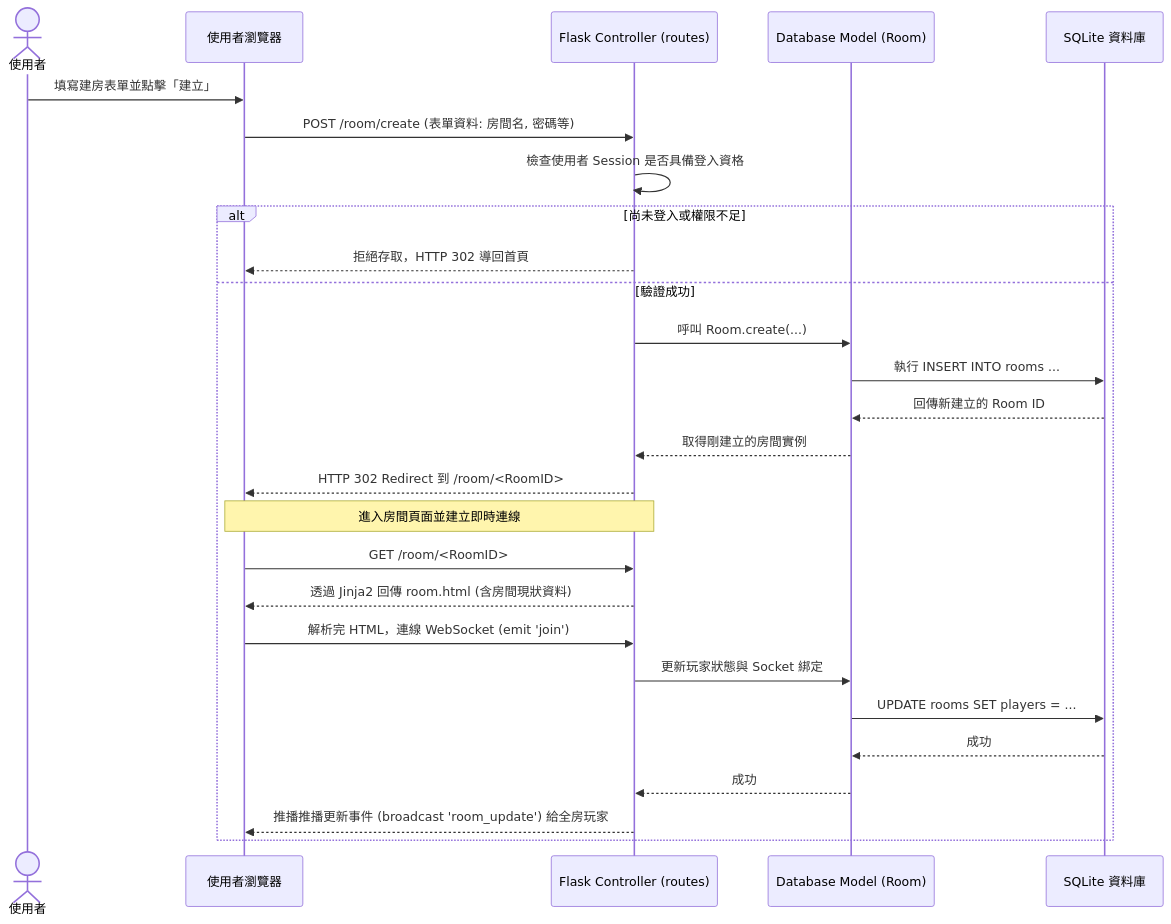
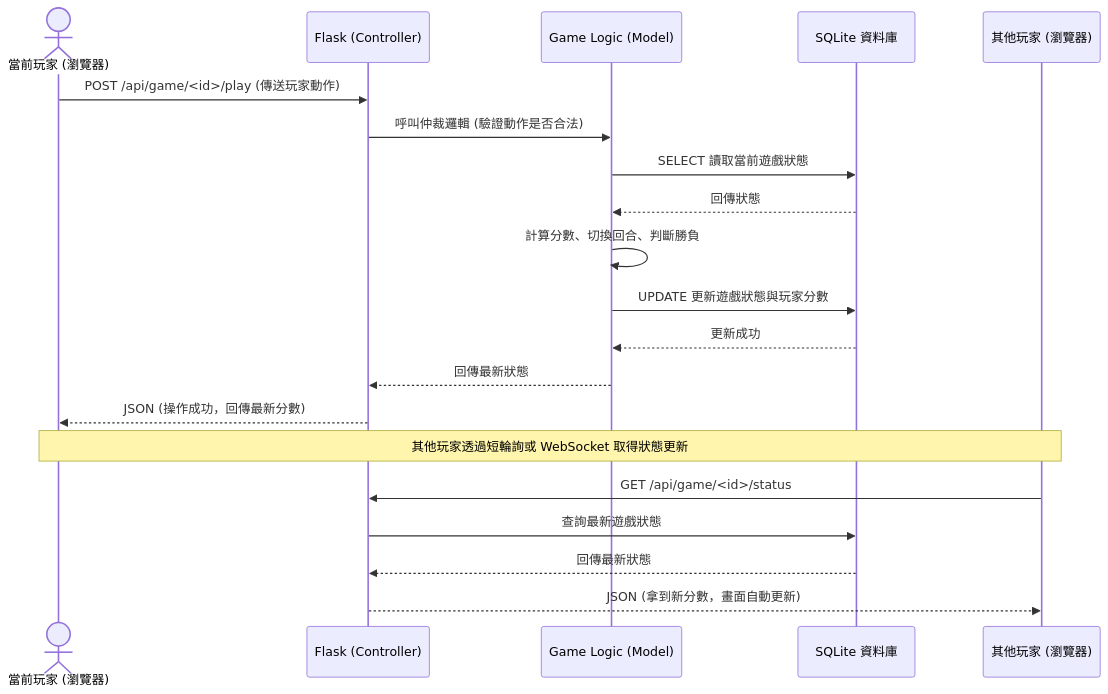
The second of 2 diagrams in docs/FLOWCHART.md (demiiiii123/web_app_development), drawn with Mermaid before and after one commit. The commit also changed other lines of this file, not shown here.

Commit message:
docs: add user flowchart

````diff
--- a/docs/FLOWCHART.md
+++ b/docs/FLOWCHART.md
@@ -53,32 +44,29 @@
 ```mermaid
 sequenceDiagram
-    actor User as 使用者
-    participant Browser as 使用者瀏覽器
-    participant Flask as Flask Controller (routes)
-    participant Model as Database Model (Room)
+    actor Player as 當前玩家 (瀏覽器)
+    participant Route as Flask (Controller)
+    participant Model as Game Logic (Model)
     participant DB as SQLite 資料庫
+    participant Other as 其他玩家 (瀏覽器)
 
-    User->>Browser: 填寫建房表單並點擊「建立」
-    Browser->>Flask: POST /room/create (表單資料: 房間名, 密碼等)
-    Flask->>Flask: 檢查使用者 Session 是否具備登入資格
+    Player->>Route: POST /api/game/<id>/play (傳送玩家動作)
     
-    alt 尚未登入或權限不足
-        Flask-->>Browser: 拒絕存取，HTTP 302 導回首頁
-    else 驗證成功
-        Flask->>Model: 呼叫 Room.create(...)
-        Model->>DB: 執行 INSERT INTO rooms ...
-        DB-->>Model: 回傳新建立的 Room ID
-        Model-->>Flask: 取得剛建立的房間實例
-        Flask-->>Browser: HTTP 302 Redirect 到 /room/<RoomID>
-        
-        Note over Browser, Flask: 進入房間頁面並建立即時連線
-        Browser->>Flask: GET /room/<RoomID>
-        Flask-->>Browser: 透過 Jinja2 回傳 room.html (含房間現狀資料)
-        Browser->>Flask: 解析完 HTML，連線 WebSocket (emit 'join')
-        Flask->>Model: 更新玩家狀態與 Socket 綁定
-        Model->>DB: UPDATE rooms SET players = ...
-        DB-->>Model: 成功
-        Model-->>Flask: 成功
-        Flask-->>Browser: 推播推播更新事件 (broadcast 'room_update') 給全房玩家
-    end
+    Route->>Model: 呼叫仲裁邏輯 (驗證動作是否合法)
+    Model->>DB: SELECT 讀取當前遊戲狀態
+    DB-->>Model: 回傳狀態
+    
+    Model->>Model: 計算分數、切換回合、判斷勝負
+    
+    Model->>DB: UPDATE 更新遊戲狀態與玩家分數
+    DB-->>Model: 更新成功
+    
+    Model-->>Route: 回傳最新狀態
+    Route-->>Player: JSON (操作成功，回傳最新分數)
+    
+    note over Player, Other: 其他玩家透過短輪詢或 WebSocket 取得狀態更新
+    
+    Other->>Route: GET /api/game/<id>/status
+    Route->>DB: 查詢最新遊戲狀態
+    DB-->>Route: 回傳最新狀態
+    Route-->>Other: JSON (拿到新分數，畫面自動更新)
 ```
````
